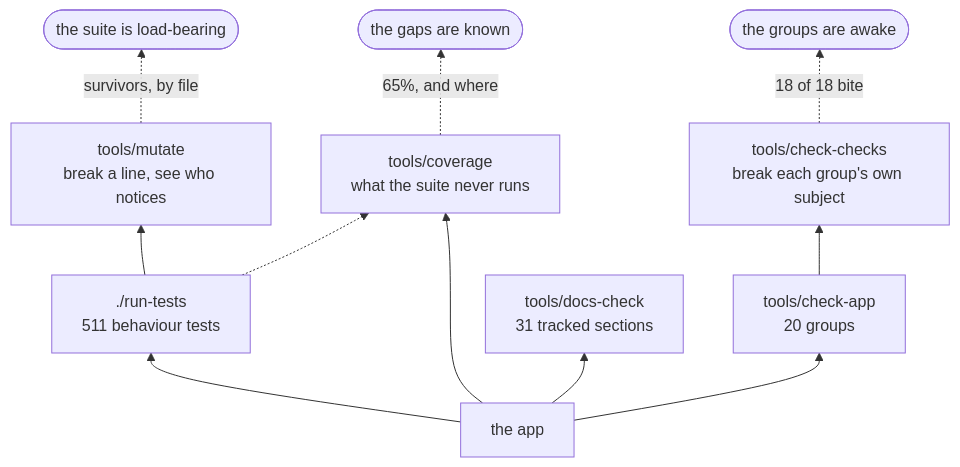
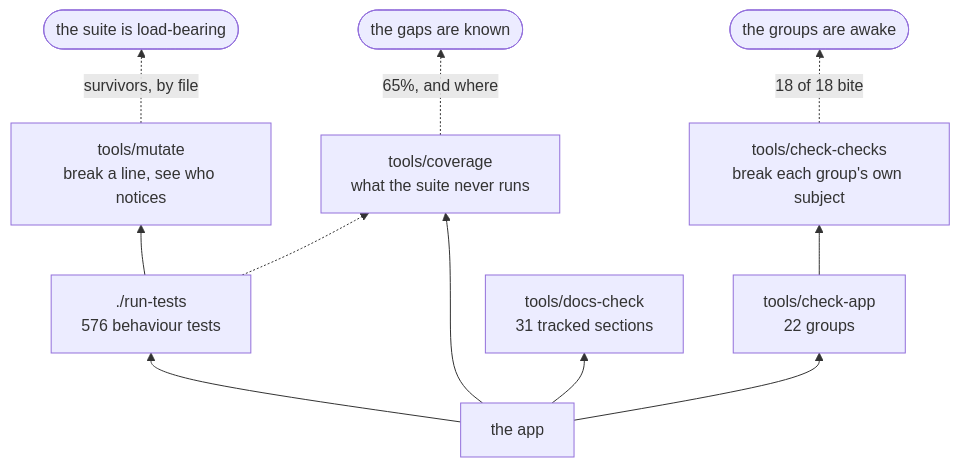
One commit to minormending/crystal-pilot-mobile changed the second of 2 diagrams in docs/DEVELOPING.md. Above: the diagram before and after it, drawn with Mermaid. The commit also changed other lines of this file and 9 other files, not shown here.

````diff
--- a/docs/DEVELOPING.md
+++ b/docs/DEVELOPING.md
@@ -118,13 +124,13 @@
 ```mermaid
 flowchart BT
-    C["the app"] --> T["./run-tests<br/>511 behaviour tests"]
-    C --> A["tools/check-app<br/>20 groups"]
+    C["the app"] --> T["./run-tests<br/>576 behaviour tests"]
+    C --> A["tools/check-app<br/>22 groups"]
     C --> D["tools/docs-check<br/>31 tracked sections"]
     C --> V["tools/coverage<br/>what the suite never runs"]
     T --> M["tools/mutate<br/>break a line, see who notices"]
     A --> K["tools/check-checks<br/>break each group's own subject"]
     T -.-> V
     M -.->|"survivors, by file"| R(["the suite is load-bearing"])
     K -.->|"18 of 18 bite"| R2(["the groups are awake"])
     V -.->|"65%, and where"| R3(["the gaps are known"])
 ```
````
